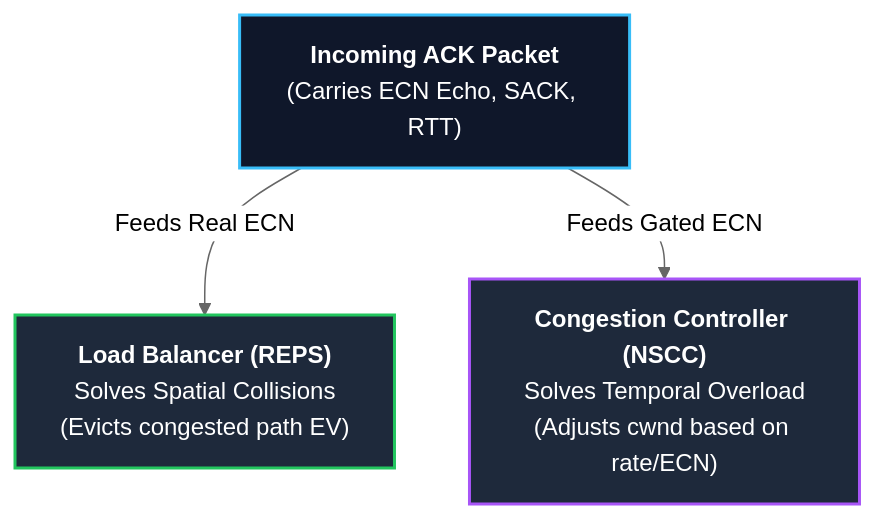
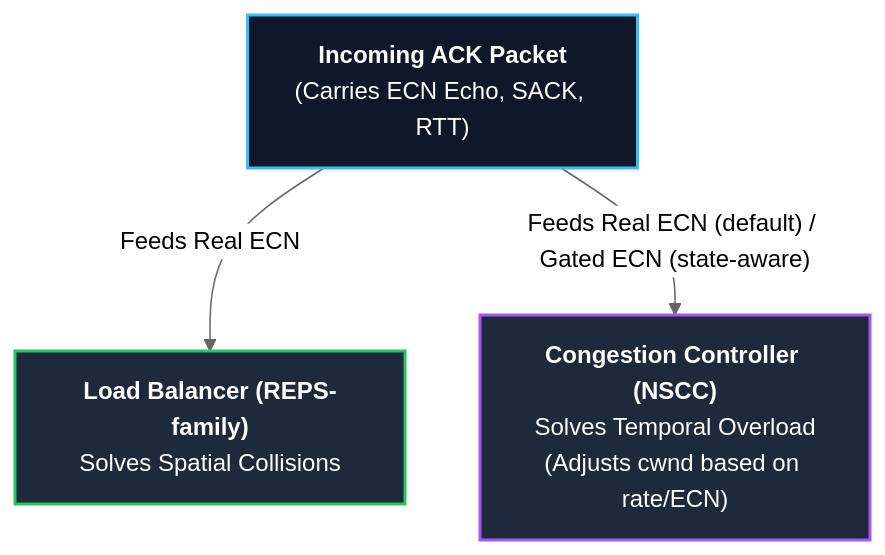
Before and after one commit to ItamarMeir/REPS_EuroSys_Artifact: the fourth of 5 diagrams in HTSIM_BEGINNERS_GUIDE.md, drawn with Mermaid (neutral theme). The commit also changed other lines of this file and 3 other files, not shown here.

````diff
--- a/HTSIM_BEGINNERS_GUIDE.md
+++ b/HTSIM_BEGINNERS_GUIDE.md
@@ -369,14 +519,14 @@
 ```mermaid
 graph TD
     classDef ack fill:#0f172a,stroke:#38bdf8,stroke-width:2px,color:#fff;
     classDef lb fill:#1e293b,stroke:#22c55e,stroke-width:2px,color:#fff;
     classDef cc fill:#1e293b,stroke:#a855f7,stroke-width:2px,color:#fff;
 
     ACK["<b>Incoming ACK Packet</b><br/>(Carries ECN Echo, SACK, RTT)"]:::ack
     
-    LB["<b>Load Balancer (REPS)</b><br/>Solves Spatial Collisions<br/>(Evicts congested path EV)"]:::lb
+    LB["<b>Load Balancer (REPS-family)</b><br/>Solves Spatial Collisions"]:::lb
     CC["<b>Congestion Controller (NSCC)</b><br/>Solves Temporal Overload<br/>(Adjusts cwnd based on rate/ECN)"]:::cc
 
     ACK -->|"Feeds Real ECN"| LB
-    ACK -->|"Feeds Gated ECN"| CC
+    ACK -->|"Feeds Real ECN (default) / Gated ECN (state-aware)"| CC
 ```
````
